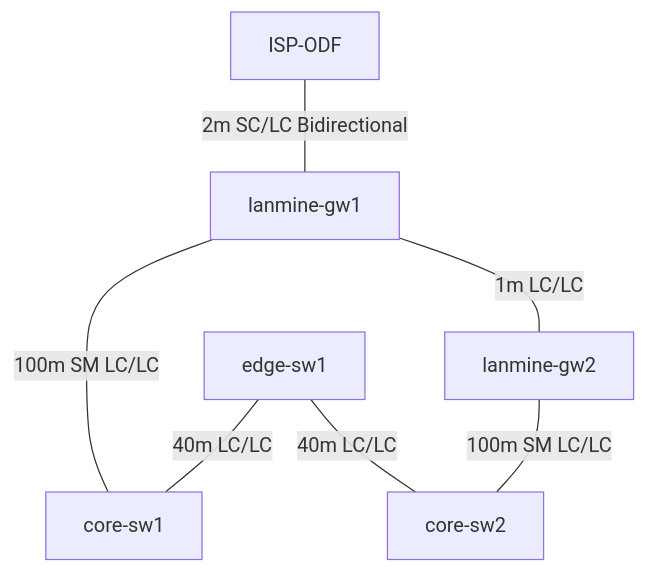
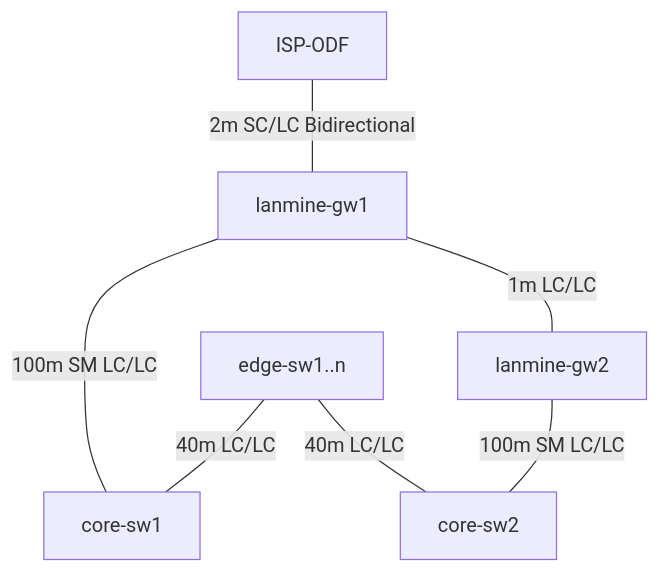
One commit to Lanmine/lanmine_tech changed the diagram in lanmine_42/README.md. Above: the diagram before and after it, drawn with Mermaid.

````diff
--- a/lanmine_42/README.md
+++ b/lanmine_42/README.md
@@ -55,9 +55,9 @@
 ```mermaid
 graph TD
     ISP-ODF ---|2m SC/LC Bidirectional| lanmine-gw1
     lanmine-gw1 ---|100m SM LC/LC| core-sw1
     lanmine-gw2 ---|100m SM LC/LC| core-sw2
     lanmine-gw1 ---|1m LC/LC| lanmine-gw2
-    edge-sw1 ---|40m LC/LC| core-sw1
-    edge-sw1 ---|40m LC/LC| core-sw2
+    edge-sw1..n ---|40m LC/LC| core-sw1
+    edge-sw1..n ---|40m LC/LC| core-sw2
 ```
````
